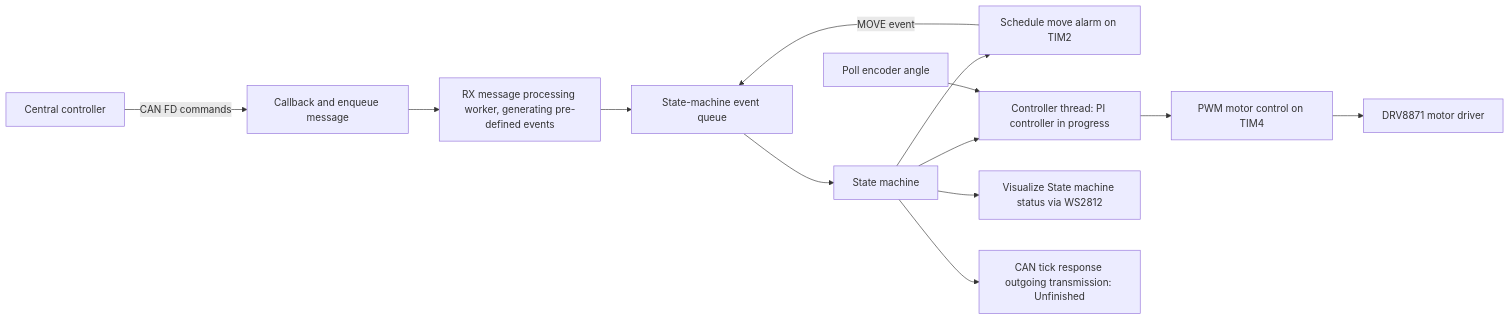
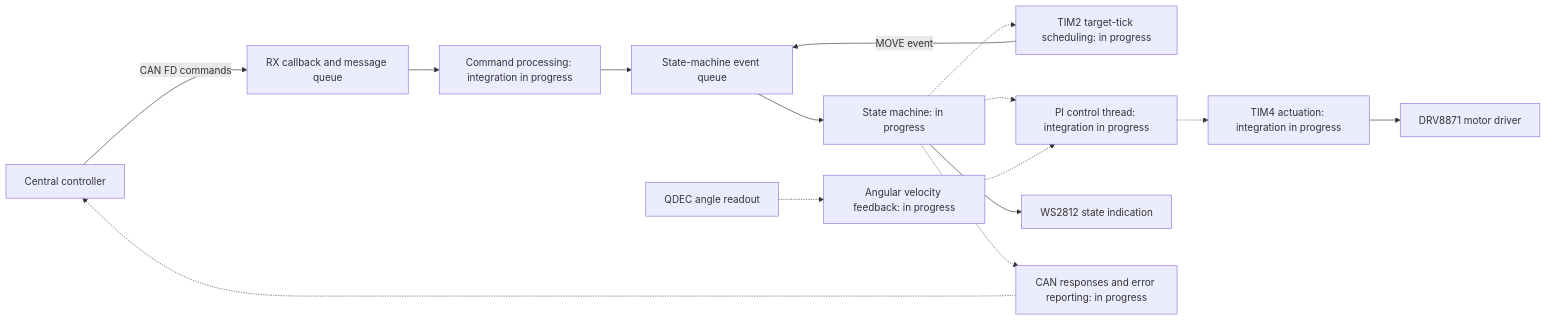
One commit to Zhi-Yih-Lim/G431KB_DC_MOTOR_DRIVER changed the diagram in README.md. Above: the diagram before and after it, drawn with Mermaid. The commit also changed other lines of this file, not shown here.

````diff
--- a/README.md
+++ b/README.md
@@ -37,15 +48,17 @@
 ```mermaid
 flowchart LR
-    Host[Central controller] -->|CAN FD commands| RX[Callback and enqueue message]
-    RX --> Worker[RX message processing worker, generating pre-defined events]
+    Host[Central controller] -->|CAN FD commands| RX[RX callback and message queue]
+    RX --> Worker[Command processing: integration in progress]
     Worker --> Events[State-machine event queue]
-    Events --> SM[State machine]
-    SM --> Alarm[Schedule move alarm on TIM2]
+    Events --> SM[State machine: in progress]
+    SM -.-> Alarm[TIM2 target-tick scheduling: in progress]
     Alarm -->|MOVE event| Events
-    SM --> Control[Controller thread: PI controller in progress]
-    Encoder[Poll encoder angle] --> Control
-    Control --> PWM[PWM motor control on TIM4]
+    SM -.-> Control[PI control thread: integration in progress]
+    Encoder[QDEC angle readout] -.-> Feedback[Angular velocity feedback: in progress]
+    Feedback -.-> Control
+    Control -.-> PWM[TIM4 actuation: integration in progress]
     PWM --> Driver[DRV8871 motor driver]
-    SM --> RGB[Visualize State machine status via WS2812]
-    SM --> TX[CAN tick response outgoing transmission: Unfinished]
+    SM --> RGB[WS2812 state indication]
+    SM -.-> TX[CAN responses and error reporting: in progress]
+    TX -.-> Host
 ```
````
